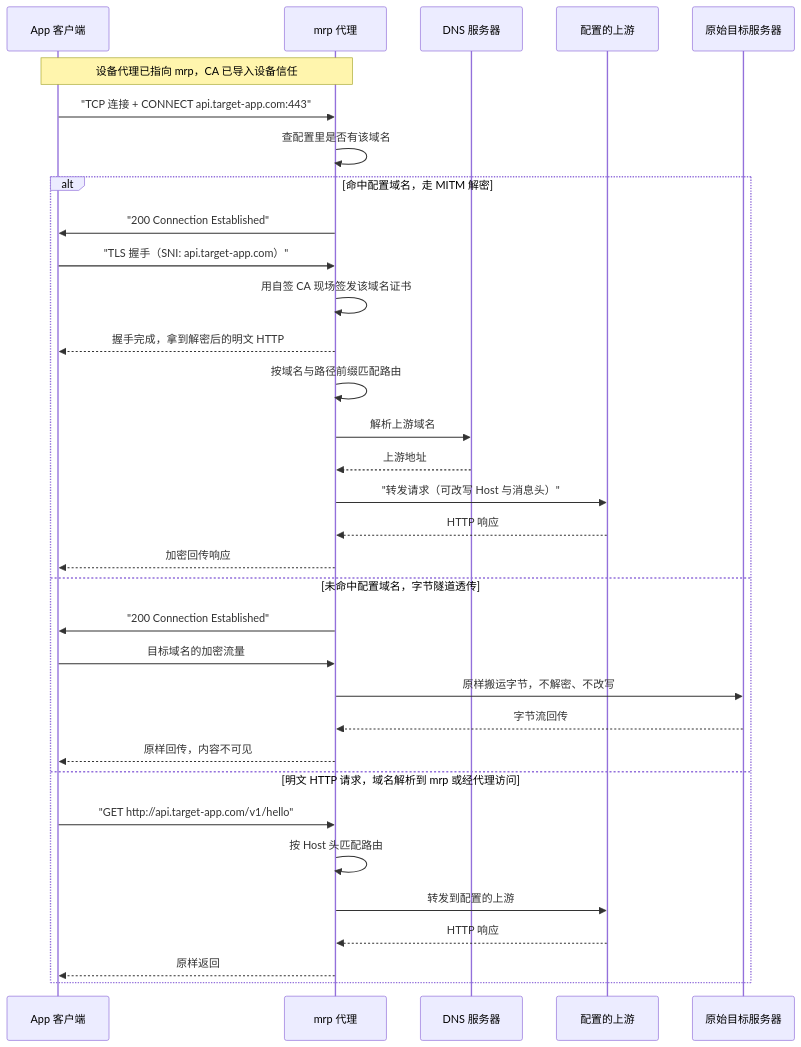
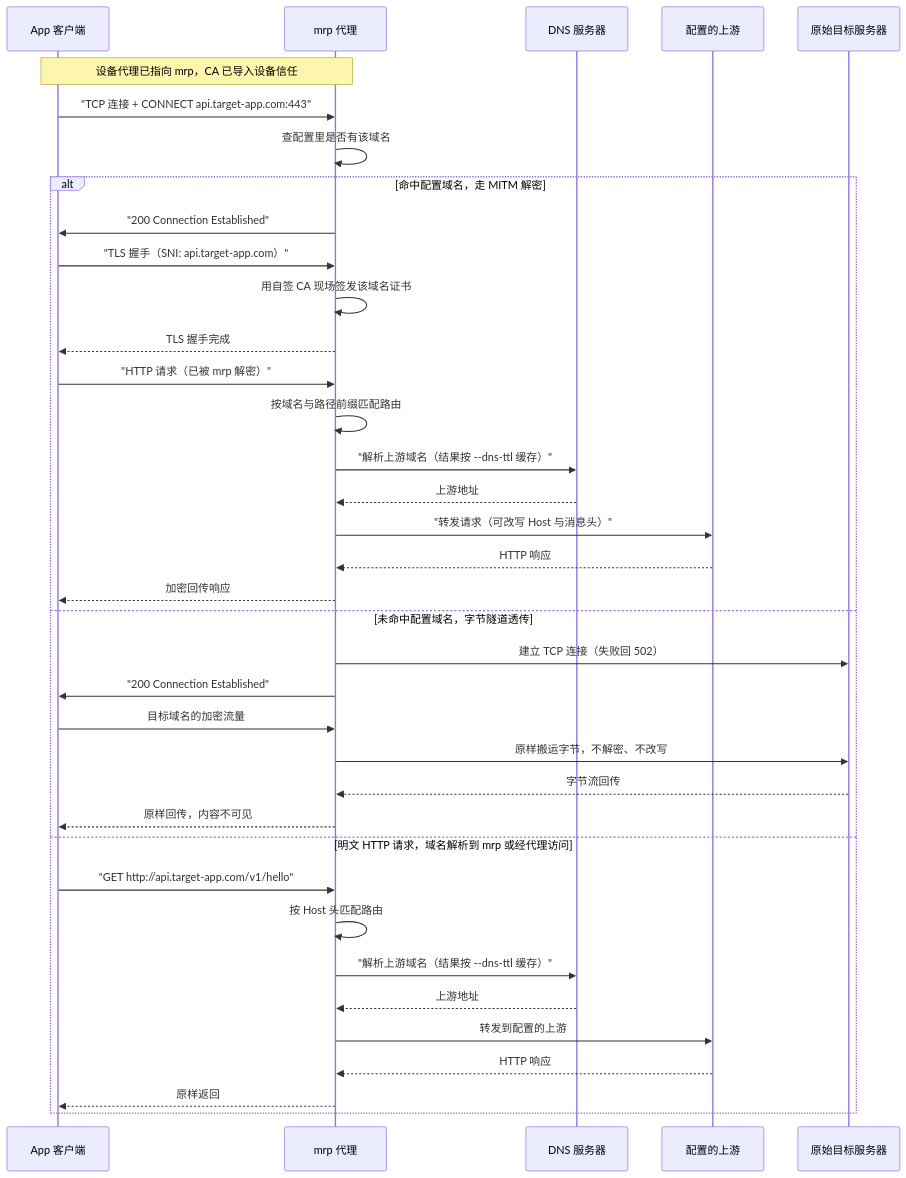
The diagram in README.md (isunk/MyReverseProxy), drawn with Mermaid before and after one commit. The commit also changed other lines of this file and 4 other files, not shown here.

Commit message:
docs: README 时序图修正与描述对齐——MITM 补握手→明文请求箭头、透传补建连与 502、明文补 DNS 缓存步骤；修正 CA 降级 502 表述与日志字段列举；certutil/netsh 命令块改 bat 标注；代码注释审计——DialContext 与 dialHost 去重分流、transferred 注释精简、Has 措辞调顺、rewriteResponse 改主动语态

````diff
--- a/README.md
+++ b/README.md
@@ -38,40 +39,44 @@
 ```mermaid
 sequenceDiagram
     participant App as App 客户端
     participant mrp as mrp 代理
     participant DNS as DNS 服务器
     participant Up as 配置的上游
     participant Tgt as 原始目标服务器
 
     Note over App,mrp: 设备代理已指向 mrp，CA 已导入设备信任
 
     App->>mrp: "TCP 连接 + CONNECT api.target-app.com:443"
     mrp->>mrp: 查配置里是否有该域名
 
     alt 命中配置域名，走 MITM 解密
         mrp->>App: "200 Connection Established"
         App->>mrp: "TLS 握手（SNI: api.target-app.com）"
         mrp->>mrp: 用自签 CA 现场签发该域名证书
-        mrp-->>App: 握手完成，拿到解密后的明文 HTTP
+        mrp-->>App: TLS 握手完成
+        App->>mrp: "HTTP 请求（已被 mrp 解密）"
         mrp->>mrp: 按域名与路径前缀匹配路由
-        mrp->>DNS: 解析上游域名
+        mrp->>DNS: "解析上游域名（结果按 --dns-ttl 缓存）"
         DNS-->>mrp: 上游地址
         mrp->>Up: "转发请求（可改写 Host 与消息头）"
         Up-->>mrp: HTTP 响应
         mrp-->>App: 加密回传响应
 
     else 未命中配置域名，字节隧道透传
+        mrp->>Tgt: 建立 TCP 连接（失败回 502）
         mrp->>App: "200 Connection Established"
         App->>mrp: 目标域名的加密流量
         mrp->>Tgt: 原样搬运字节，不解密、不改写
         Tgt-->>mrp: 字节流回传
         mrp-->>App: 原样回传，内容不可见
 
     else 明文 HTTP 请求，域名解析到 mrp 或经代理访问
         App->>mrp: "GET http://api.target-app.com/v1/hello"
         mrp->>mrp: 按 Host 头匹配路由
+        mrp->>DNS: "解析上游域名（结果按 --dns-ttl 缓存）"
+        DNS-->>mrp: 上游地址
         mrp->>Up: 转发到配置的上游
         Up-->>mrp: HTTP 响应
         mrp-->>App: 原样返回
     end
 ```
````
